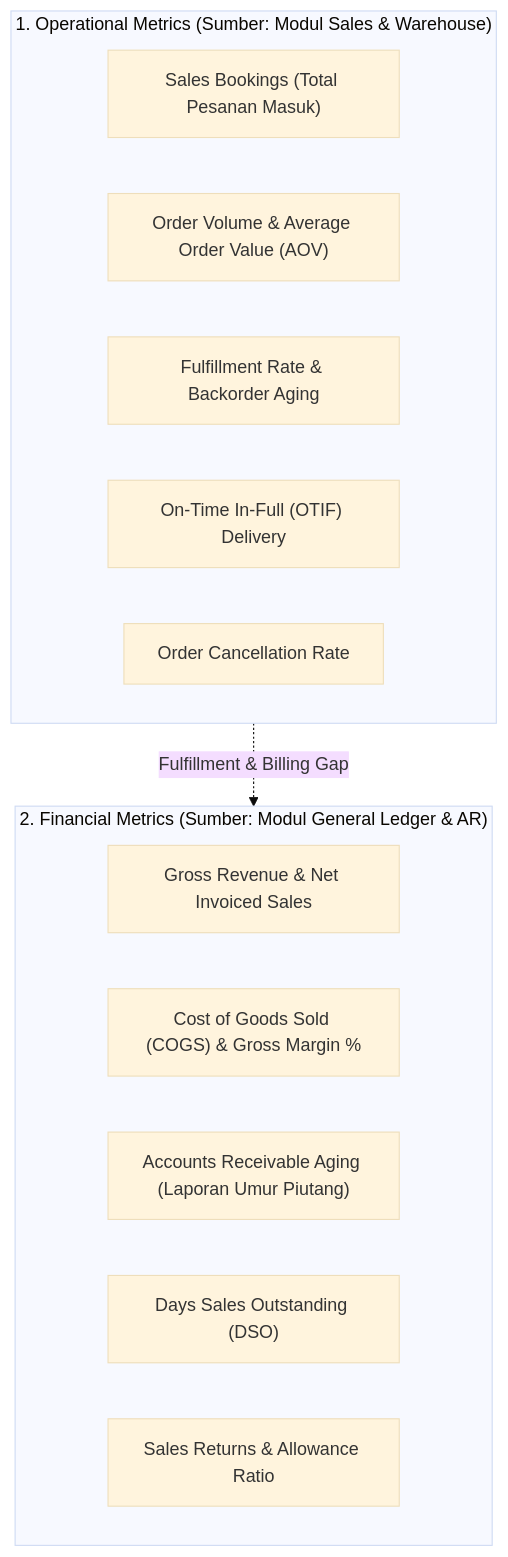
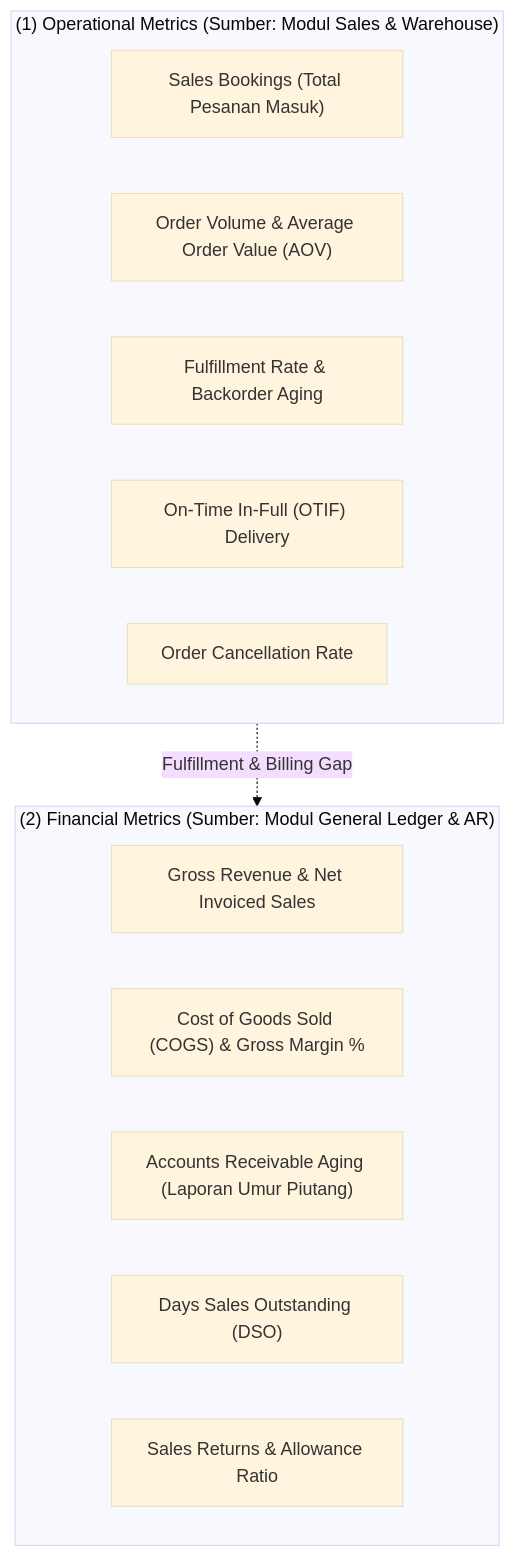
One commit to alimurrofid/erp-notes changed the first of 2 diagrams in content/03-sales/sales-reporting-and-analytics.md. Above: the diagram before and after it, drawn with Mermaid (base theme). The commit also changed 132 other files, not shown here.

````diff
--- a/content/03-sales/sales-reporting-and-analytics.md
+++ b/content/03-sales/sales-reporting-and-analytics.md
@@ -29,20 +29,20 @@
 ```mermaid
 flowchart TD
-    subgraph OperationalLayer["1. Operational Metrics (Sumber: Modul Sales & Warehouse)"]
+    subgraph OperationalLayer["(1) Operational Metrics (Sumber: Modul Sales & Warehouse)"]
         O1["Sales Bookings (Total Pesanan Masuk)"]
         O2["Order Volume & Average Order Value (AOV)"]
         O3["Fulfillment Rate & Backorder Aging"]
         O4["On-Time In-Full (OTIF) Delivery"]
         O5["Order Cancellation Rate"]
     end
 
-    subgraph FinancialLayer["2. Financial Metrics (Sumber: Modul General Ledger & AR)"]
+    subgraph FinancialLayer["(2) Financial Metrics (Sumber: Modul General Ledger & AR)"]
         F1["Gross Revenue & Net Invoiced Sales"]
         F2["Cost of Goods Sold (COGS) & Gross Margin %"]
         F3["Accounts Receivable Aging (Laporan Umur Piutang)"]
         F4["Days Sales Outstanding (DSO)"]
         F5["Sales Returns & Allowance Ratio"]
     end
 
     OperationalLayer -.->|Fulfillment & Billing Gap| FinancialLayer
 ```
````
